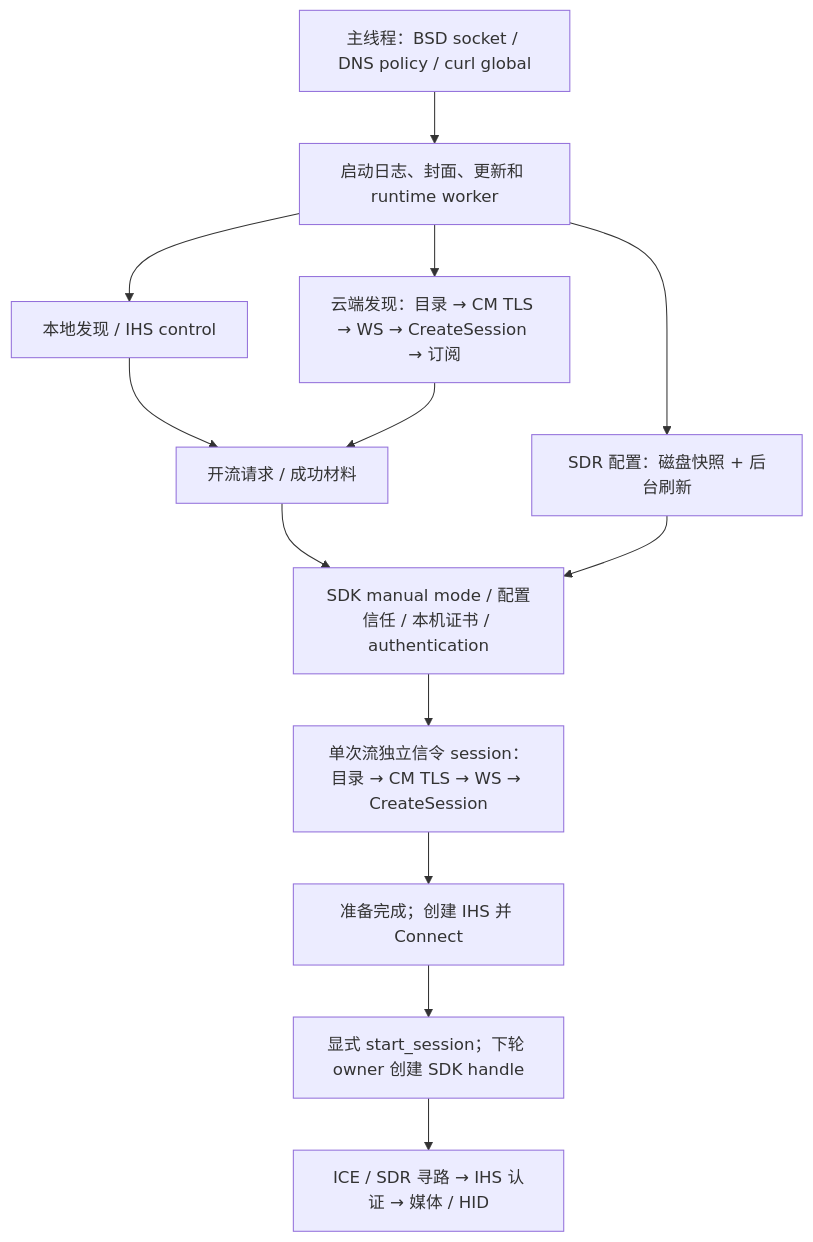
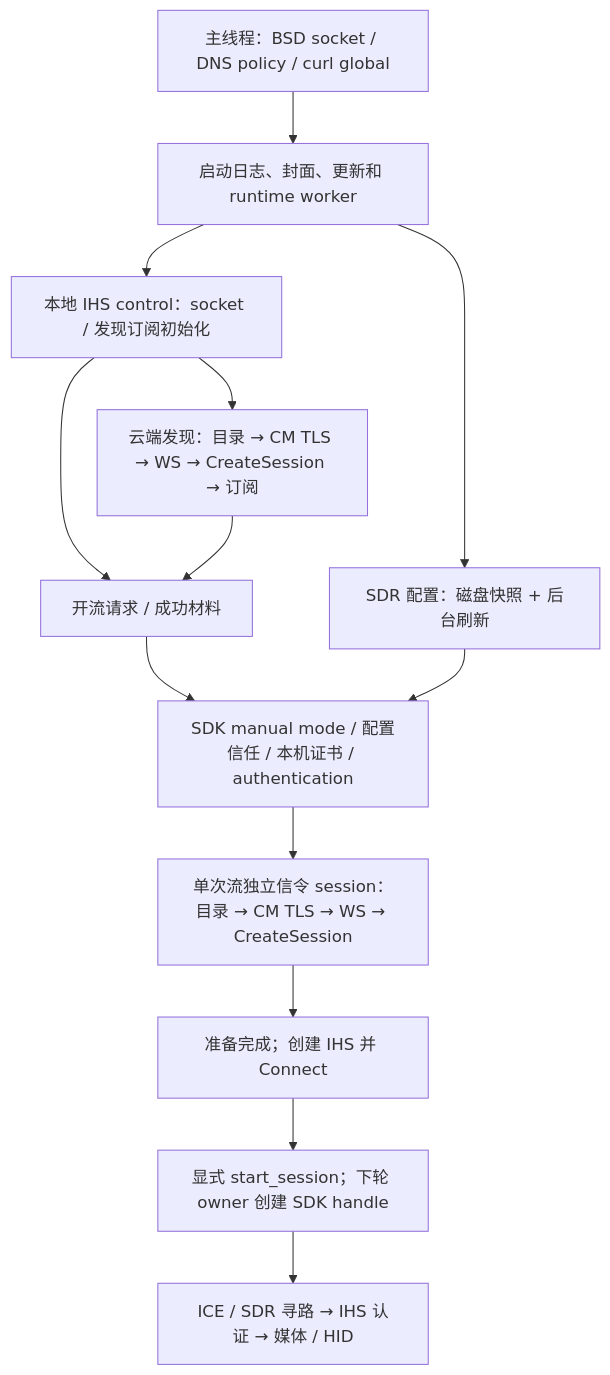
Before and after one commit to kxn/nsteamlink: the diagram in docs/NETWORK_INITIALIZATION.md, drawn with Mermaid. The commit also changed other lines of this file and 8 other files, not shown here.

````diff
--- a/docs/NETWORK_INITIALIZATION.md
+++ b/docs/NETWORK_INITIALIZATION.md
@@ -8,15 +8,15 @@
 ```mermaid
 flowchart TD
     A[主线程：BSD socket / DNS policy / curl global] --> B[启动日志、封面、更新和 runtime worker]
-    B --> C[本地发现 / IHS control]
-    B --> D[云端发现：目录 → CM TLS → WS → CreateSession → 订阅]
+    B --> C[本地 IHS control：socket / 发现订阅初始化]
+    C --> D[云端发现：目录 → CM TLS → WS → CreateSession → 订阅]
     B --> E[SDR 配置：磁盘快照 + 后台刷新]
     C --> F[开流请求 / 成功材料]
     D --> F
     F --> G[SDK manual mode / 配置信任 / 本机证书 / authentication]
     E --> G
     G --> H[单次流独立信令 session：目录 → CM TLS → WS → CreateSession]
     H --> I[准备完成；创建 IHS 并 Connect]
     I --> J[显式 start_session；下轮 owner 创建 SDK handle]
     J --> K[ICE / SDR 寻路 → IHS 认证 → 媒体 / HID]
 ```
````
